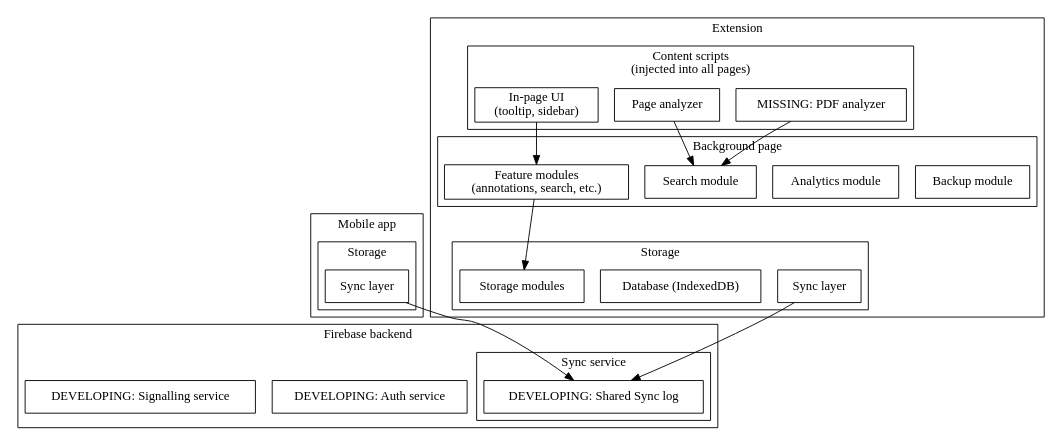
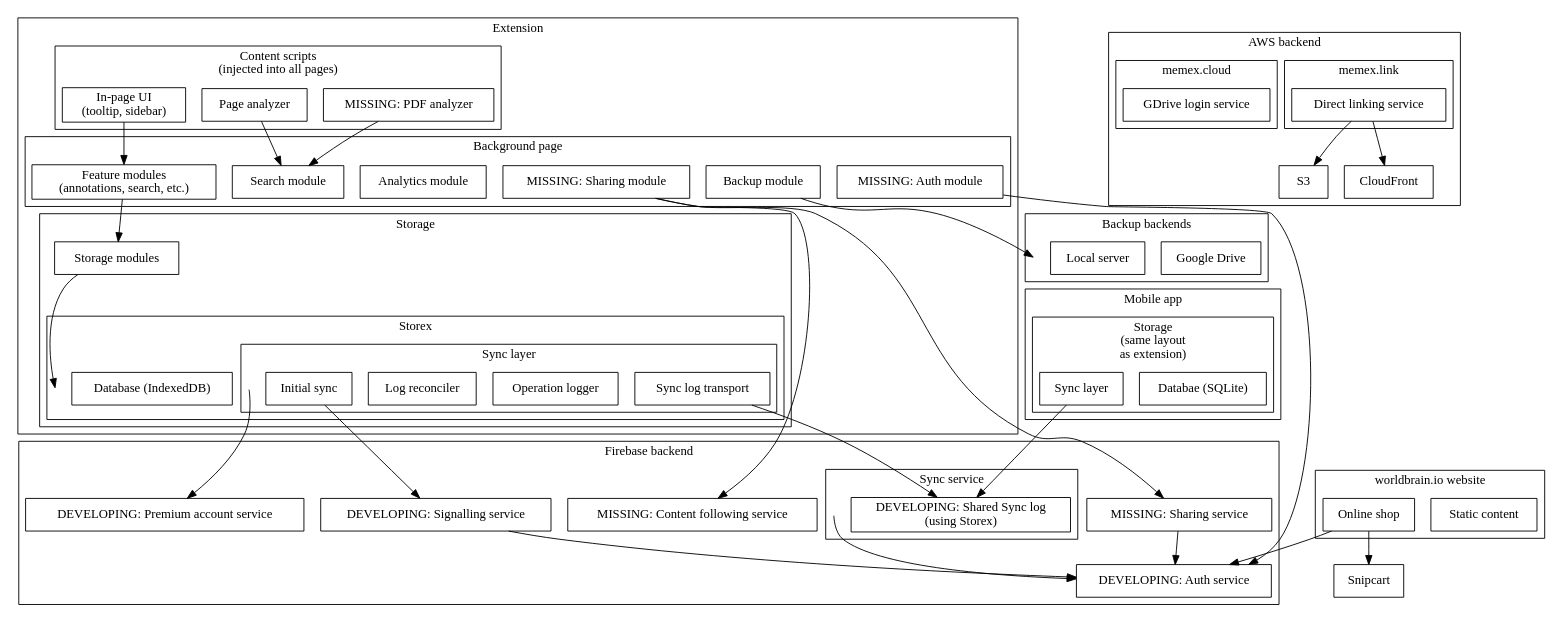
One commit to tkukurin/Memex changed the diagram in docs/architecture.dot. Above: the diagram before and after it, drawn with Graphviz.

Commit message:
Further work on architecture diagram

```diff
--- a/docs/architecture.dot
+++ b/docs/architecture.dot
@@ -1,81 +1,141 @@
 digraph G {
     node [
         shape=rect;
     ];
 
     subgraph cluster_extension {
         label="Extension";
-        color="#FFF"
         
         subgraph cluster_extension_storage {
             label="Storage";
 
-            exension_sync [label="Sync layer"];
-            extension_database [label="Database (IndexedDB)"];
             extension_storage_modules [label="Storage modules"];
+
+            subgraph cluster_extension_storex {
+                label="Storex";
+
+                subgraph cluster_extension_sync {
+                    label="Sync layer";
+
+                    extension_sync_transport [label="Sync log transport"];
+                    extension_sync_logger [label="Operation logger"];
+                    extension_sync_reconciler [label="Log reconciler"];
+                    extension_sync_initial [label="Initial sync"];
+                    extension_sync [label="", style="invis", width=0, height=0];
+                }
+                extension_database [label="Database (IndexedDB)"];
+                extension_storex [label="", style="invis", width=0, height=0];
+            }
+
+            extension_storage_modules -> extension_storex;
         }
 
         subgraph cluster_background_page {
             label="Background page";
             
+            extension_sharing_module [label="MISSING: Sharing module"];
             extension_backup_module [label="Backup module"];
+            extension_auth_module [label="MISSING: Auth module"];
             extension_analytics [label="Analytics module"];
             extension_search_module [label="Search module"];
             extension_feature_modules [label="Feature modules\n(annotations, search, etc.)"];
         }
 
         subgraph cluster_content_scripts {
             label="Content scripts\n(injected into all pages)";
 
             extension_page_analyzer [label="Page analyzer"];
             extension_in_page_ui [label="In-page UI\n(tooltip, sidebar)"];
             extension_pdf_analyzer [label="MISSING: PDF analyzer"];
         }
 
         extension_in_page_ui -> extension_feature_modules;
         extension_pdf_analyzer -> extension_search_module;
         extension_page_analyzer -> extension_search_module;
         extension_feature_modules -> extension_storage_modules;
     }
 
     subgraph cluster_mobile {
         label="Mobile app"
 
         subgraph cluster_app_storage {
-            label="Storage";
+            label="Storage\n(same layout\nas extension)";
 
+            app_database [label="Databae (SQLite)"];
             app_sync [label="Sync layer"];
         }
     }
 
     subgraph cluster_firebase_backend {
         label="Firebase backend";
 
-        auth_service [label="DEVELOPING: Auth service"];
         signalling_service [label="DEVELOPING: Signalling service"];
+        premium_account_service [label="DEVELOPING: Premium account service"];
+        following_service [label="MISSING: Content following service"];
 
         subgraph cluster_sync_service {
             label="Sync service";
 
-            shared_sync_log [label="DEVELOPING: Shared Sync log"];
+            shared_sync_log [label="DEVELOPING: Shared Sync log\n(using Storex)"];
+            sync_service [label="", style="invis", width=0, height=0];
         }
+
+        auth_service [label="DEVELOPING: Auth service"];
+        sharing_service [label="MISSING: Sharing service"];
+        signalling_service -> auth_service;
+        sync_service -> auth_service;
+        sharing_service -> auth_service;
     }
 
     subgraph cluster_aws_backend {
+        label="AWS backend";
+
+        AWS_S3 [label="S3"];
+        AWS_CloudFront [label="CloudFront"];
+
         subgraph cluster_direct_linking_service {
+            label="memex.link";
 
+            direct_linking_service [label="Direct linking service"];
         }
 
         subgraph cluster_memex_root_service {
-            
+            label="memex.cloud";
+
+            gdrive_login_service [label="GDrive login service"];
         }
+
+        direct_linking_service -> AWS_S3;
+        direct_linking_service -> AWS_CloudFront;
     }
 
+    subgraph cluster_backup_backends {
+        label="Backup backends";
 
-    subgraph cluster_backup_backends {
-
+        backup_backend_gdrive [label="Google Drive"];
+        backup_backend_local [label="Local server"];
+        backup_backends [label="", style="invis", width=0, height=0];
     }
 
-    exension_sync -> shared_sync_log;
+    subgraph cluster_website {
+        label="worldbrain.io website";
+
+        website_content [label="Static content"];
+        website_shop [label="Online shop"];
+    }
+
+    snipcart [label="Snipcart"];
+
+    extension_sync_transport -> shared_sync_log;
+    extension_sync -> premium_account_service;
+    extension_sync_initial -> signalling_service;
+    extension_backup_module -> backup_backends;
+    extension_auth_module -> auth_service;
+    extension_sharing_module -> sharing_service;
+    extension_sharing_module -> following_service;
+
     app_sync -> shared_sync_log;
+
+    website_shop -> snipcart;
+    website_shop -> auth_service;
 }
```
